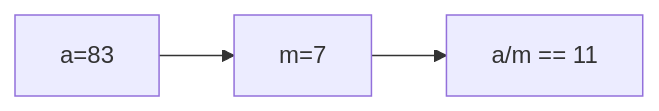
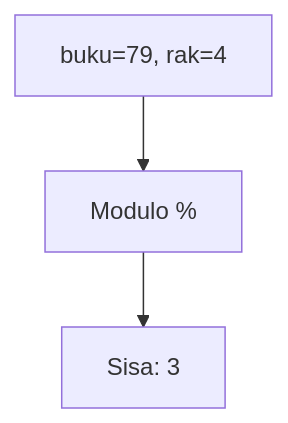
One commit to amnahwaida/OSNK_INF_PREP changed diagram 12 of 25 in part-c-pemahaman-cpp/01-tipe-data/latihan/set-10.md. Above: the diagram before and after it, drawn with Mermaid. The commit also changed other lines of this file and 71 other files, not shown here.

````diff
--- a/part-c-pemahaman-cpp/01-tipe-data/latihan/set-10.md
+++ b/part-c-pemahaman-cpp/01-tipe-data/latihan/set-10.md
@@ -377,5 +334,5 @@
 ```mermaid
-graph LR
-A["a=83"] --> B["m=7"]
-B --> C["a/m == 11"]
+graph TD
+A["buku=79, rak=4"] --> B["Modulo %"]
+B --> C["Sisa: 3"]
 ```
````
